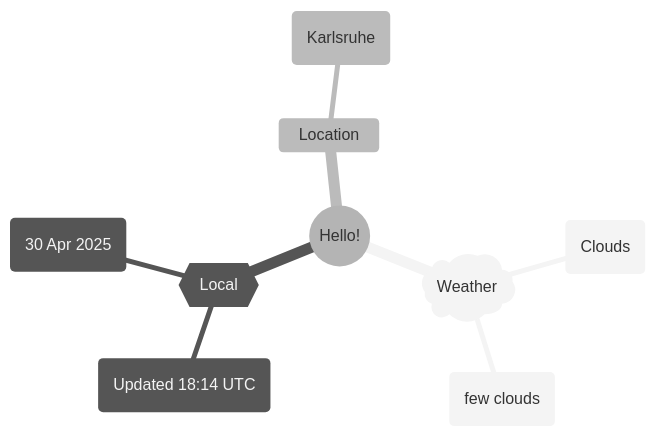
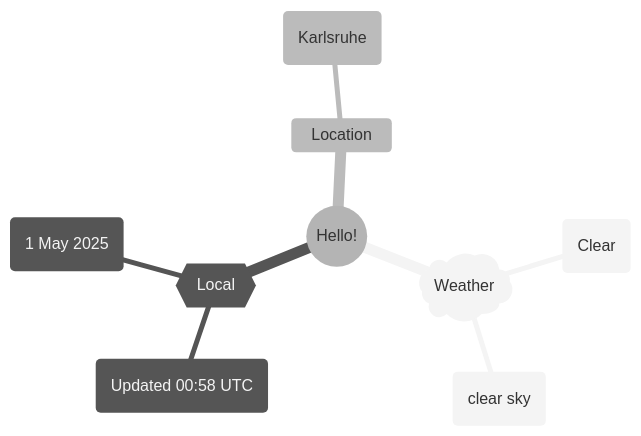
The first of 2 diagrams in README.md (Xosrov/Xosrov), drawn with Mermaid (neutral theme) before and after one commit.

Commit message:
[bot] updated images

````diff
--- a/README.md
+++ b/README.md
@@ -3,12 +3,12 @@
 ```mermaid
 mindmap
   root((Hello!))
     )Weather(
-        (Clouds)
-        (few clouds)
+        (Clear)
+        (clear sky)
     {{Local}}
-        (Updated 18:14 UTC)
-        (30 Apr 2025)
+        (Updated 00:58 UTC)
+        (1 May 2025)
     Location
         (Karlsruhe)
 ```
````
